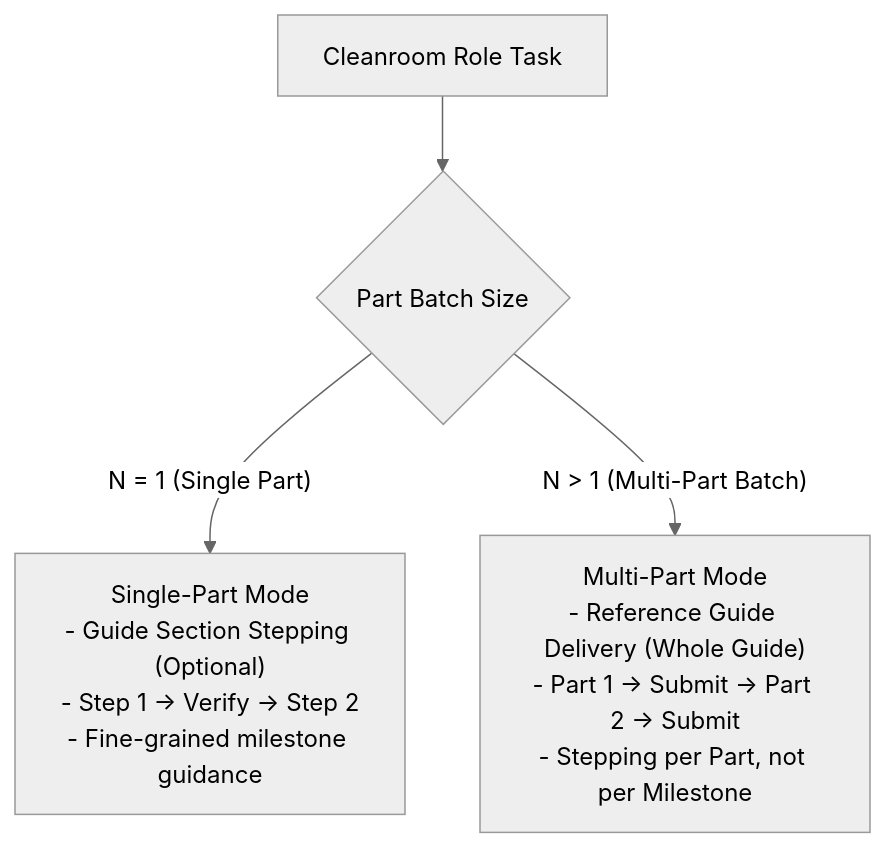
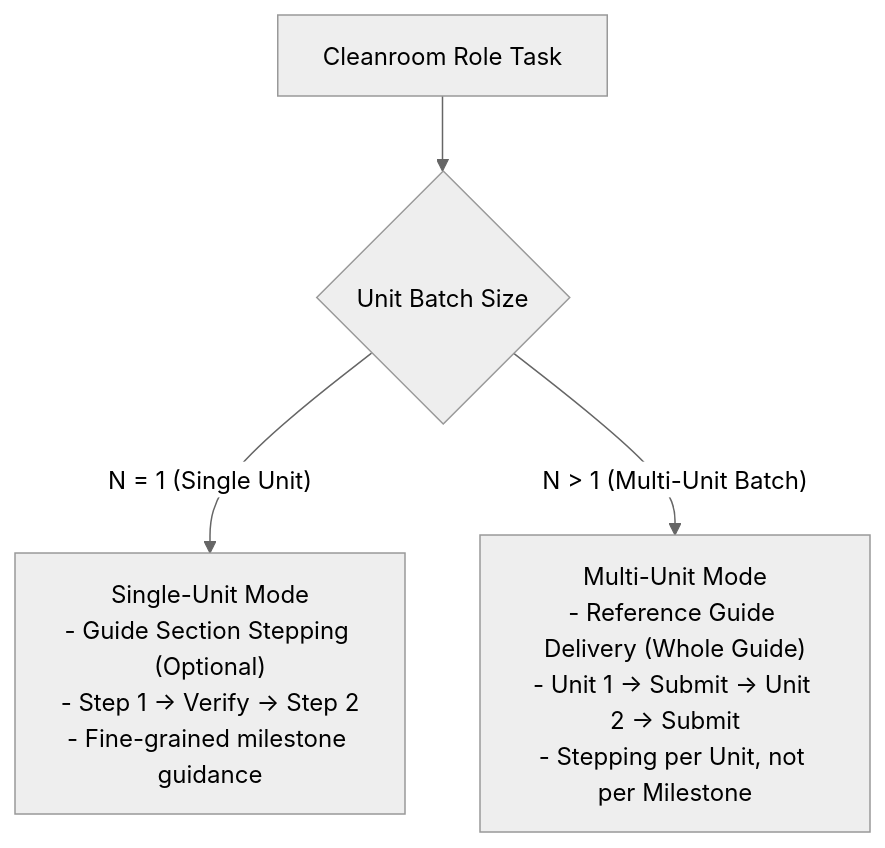
One commit to mcdirmid/cleanroom changed the seventh of 7 diagrams in design-docs/antigravity_integration.md. Above: the diagram before and after it, drawn with Mermaid (neutral theme). The commit also changed other lines of this file and 8 other files, not shown here.

````diff
--- a/design-docs/antigravity_integration.md
+++ b/design-docs/antigravity_integration.md
@@ -714,7 +725,7 @@
 ```mermaid
 flowchart TD
-    Task["Cleanroom Role Task"] --> Check{"Part Batch Size"}
+    Task["Cleanroom Role Task"] --> Check{"Unit Batch Size"}
     
-    Check -->|"N = 1 (Single Part)"| SingleMode["Single-Part Mode<br/>- Guide Section Stepping (Optional)<br/>- Step 1 -> Verify -> Step 2<br/>- Fine-grained milestone guidance"]
-    Check -->|"N > 1 (Multi-Part Batch)"| MultiMode["Multi-Part Mode<br/>- Reference Guide Delivery (Whole Guide)<br/>- Part 1 -> Submit -> Part 2 -> Submit<br/>- Stepping per Part, not per Milestone"]
+    Check -->|"N = 1 (Single Unit)"| SingleMode["Single-Unit Mode<br/>- Guide Section Stepping (Optional)<br/>- Step 1 -> Verify -> Step 2<br/>- Fine-grained milestone guidance"]
+    Check -->|"N > 1 (Multi-Unit Batch)"| MultiMode["Multi-Unit Mode<br/>- Reference Guide Delivery (Whole Guide)<br/>- Unit 1 -> Submit -> Unit 2 -> Submit<br/>- Stepping per Unit, not per Milestone"]
 ```
````
